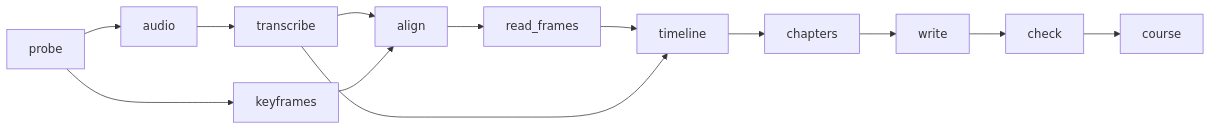
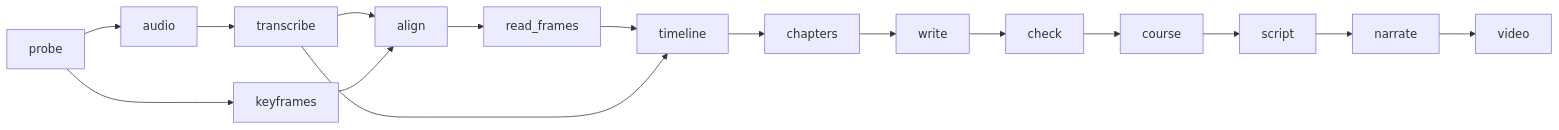
The diagram in docs/ARCHITECTURE.md (Devanshi-cmd/engram), drawn with Mermaid before and after one commit. The commit also changed other lines of this file and 26 other files, not shown here.

````diff
--- a/docs/ARCHITECTURE.md
+++ b/docs/ARCHITECTURE.md
@@ -66,8 +78,9 @@
 ```mermaid
 flowchart LR
   P[probe] --> A[audio] --> T[transcribe] --> L[align]
   P --> K[keyframes] --> L
   L --> R[read_frames] --> TL[timeline]
   T --> TL
   TL --> C[chapters] --> W[write] --> G[check] --> CO[course]
+  CO --> SC[script] --> NA[narrate] --> VI[video]
 ```
````
